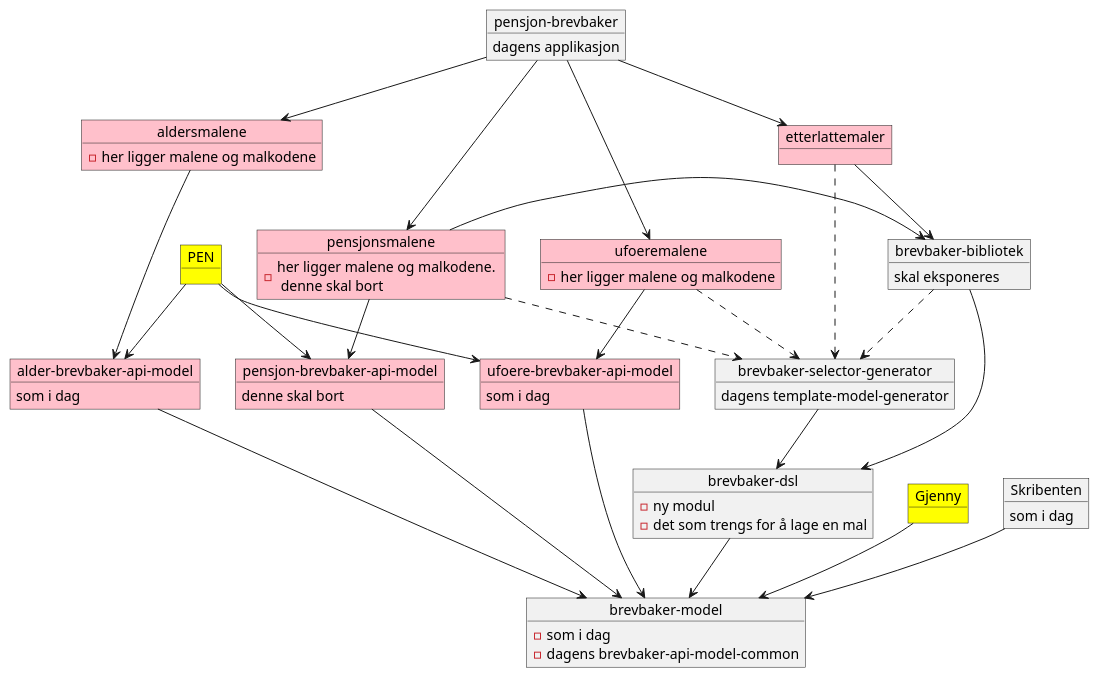
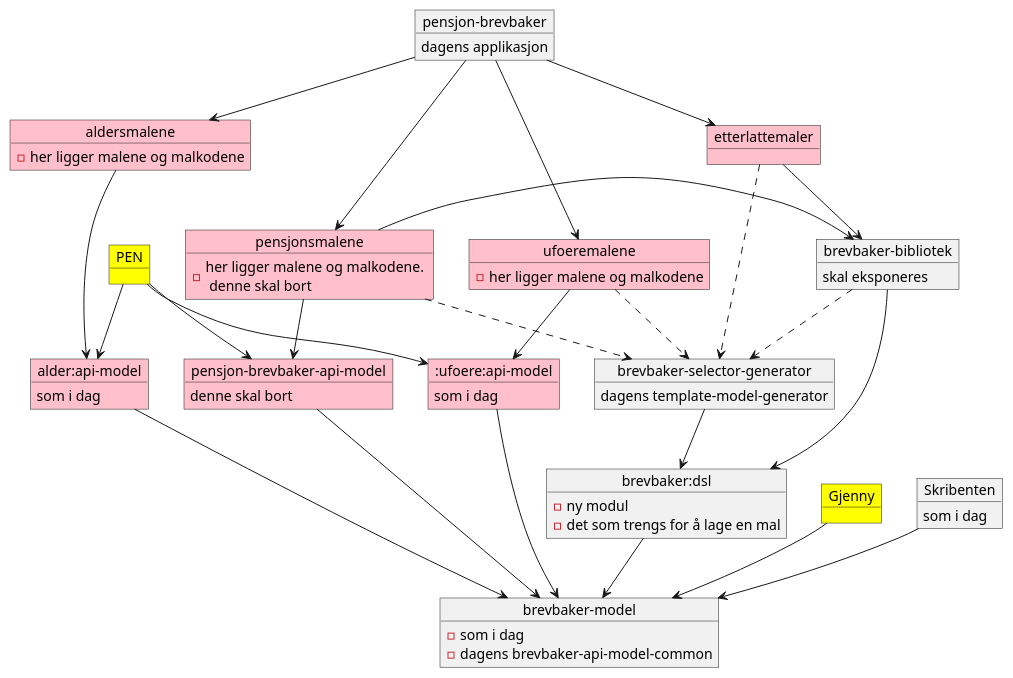
The diagram in docs/modules/ROOT/examples/moduldiagram.puml (navikt/pensjonsbrev), drawn with PlantUML before and after one commit. The commit also changed 1178 other files, not shown here.

```diff
--- a/docs/modules/ROOT/examples/moduldiagram.puml
+++ b/docs/modules/ROOT/examples/moduldiagram.puml
@@ -1,76 +1,76 @@
 @startuml
 
 object "pensjon-brevbaker" as brevbaker
 brevbaker : dagens applikasjon
 
 object pensjonsmalene #pink
 pensjonsmalene : - her ligger malene og malkodene. \n denne skal bort
 
 object ufoeremalene #pink
 ufoeremalene : - her ligger malene og malkodene
 
 object aldersmalene #pink
 aldersmalene : - her ligger malene og malkodene
 
 object "etterlattemaler" as etterlatte #pink
 
 object "pensjon-brevbaker-api-model" as pensjonapimodel #pink
 pensjonapimodel : denne skal bort
 
-object "alder-brevbaker-api-model" as alderapimodel #pink
+object "alder:api-model" as alderapimodel #pink
 alderapimodel : som i dag
 
-object "ufoere-brevbaker-api-model" as ufoereapimodel #pink
+object ":ufoere:api-model" as ufoereapimodel #pink
 ufoereapimodel : som i dag
 
-object "brevbaker-dsl" as dsl
+object "brevbaker:dsl" as dsl
 dsl : - ny modul
 dsl : - det som trengs for å lage en mal
 
 object "brevbaker-bibliotek" as bibliotek
 bibliotek : skal eksponeres
 
 object Gjenny #yellow
 
 object "brevbaker-model" as modelcommon
 modelcommon : - som i dag
 modelcommon : - dagens brevbaker-api-model-common
 
 object "brevbaker-selector-generator" as tmg
 tmg : dagens template-model-generator
 
 object PEN #yellow
 
 object Skribenten
 Skribenten : som i dag
 
 bibliotek --> dsl
 brevbaker --> pensjonsmalene
 brevbaker --> aldersmalene
 brevbaker --> ufoeremalene
 brevbaker --> etterlatte
 pensjonsmalene --> pensjonapimodel
 
 aldersmalene --> alderapimodel
 ufoeremalene --> ufoereapimodel
 
 pensjonsmalene -> bibliotek
 etterlatte --> bibliotek
 pensjonapimodel --> modelcommon
 alderapimodel --> modelcommon
 ufoereapimodel --> modelcommon
 dsl --> modelcommon
 tmg --> dsl
 etterlatte ..> tmg
 pensjonsmalene ..> tmg
 ufoeremalene ..> tmg
 bibliotek ..> tmg
 
 PEN --> pensjonapimodel
 PEN --> alderapimodel
 PEN --> ufoereapimodel
 Gjenny --> modelcommon
 
 Skribenten --> modelcommon
 
 @enduml
```
